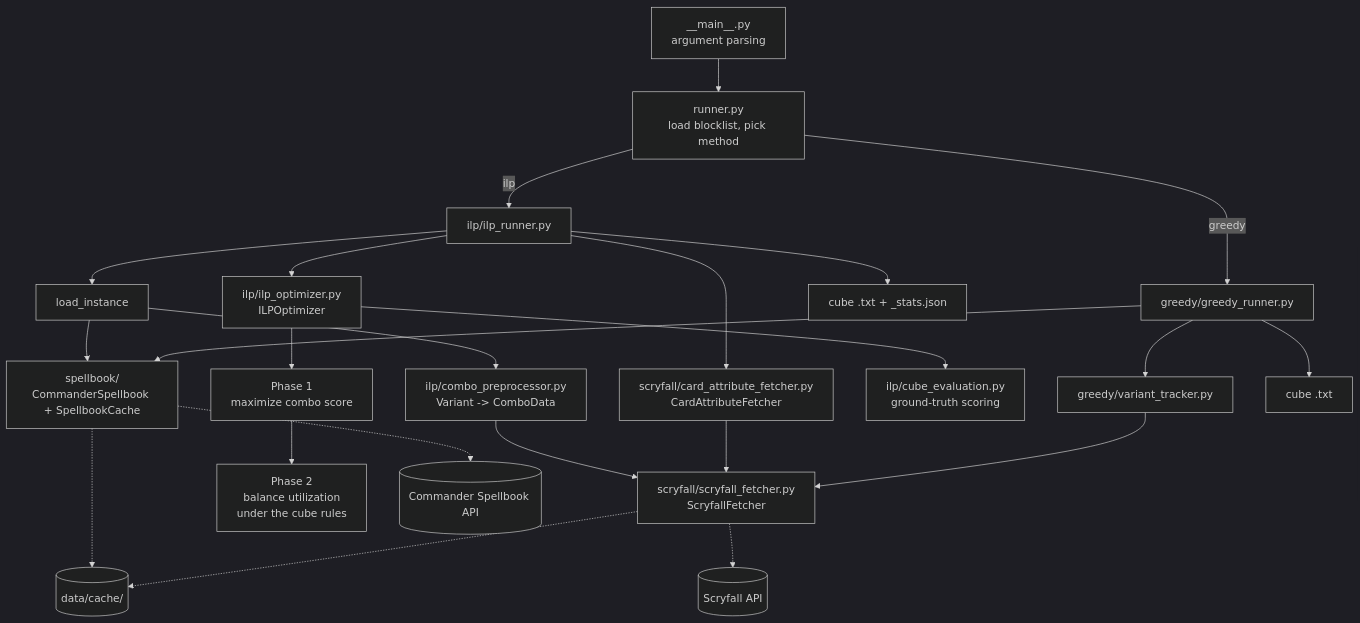
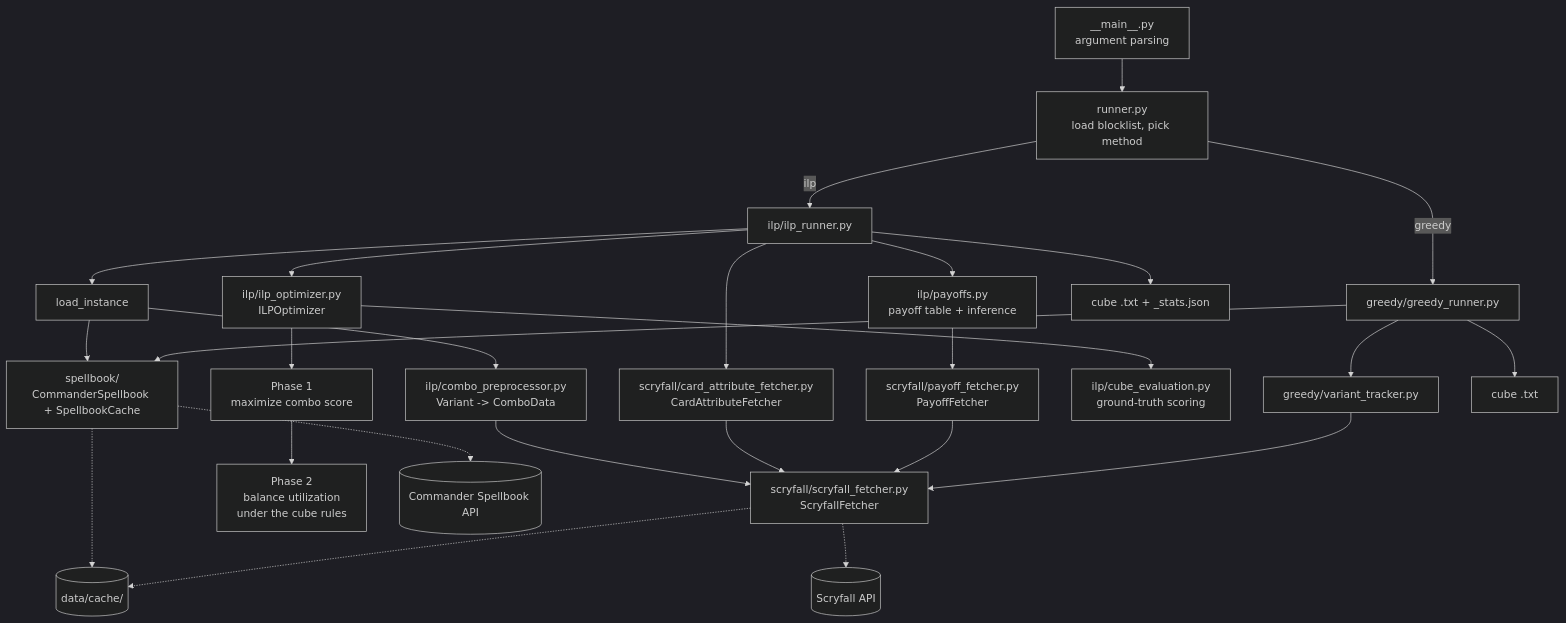
Before and after one commit to tgrunnagle/mtg-combo-cube: the diagram in docs/architecture.md, drawn with Mermaid (dark theme). The commit also changed other lines of this file and 25 other files, not shown here.

````diff
--- a/docs/architecture.md
+++ b/docs/architecture.md
@@ -23,32 +23,35 @@
 ```mermaid
 flowchart TD
     CLI["__main__.py<br/>argument parsing"] --> RUN["runner.py<br/>load blocklist, pick method"]
 
     RUN -->|ilp| ILPR["ilp/ilp_runner.py"]
     RUN -->|greedy| GR["greedy/greedy_runner.py"]
 
     ILPR --> LOAD["load_instance"]
     LOAD --> SB["spellbook/<br/>CommanderSpellbook + SpellbookCache"]
     LOAD --> PRE["ilp/combo_preprocessor.py<br/>Variant -> ComboData"]
     PRE --> SF["scryfall/scryfall_fetcher.py<br/>ScryfallFetcher"]
 
     ILPR --> CAF["scryfall/card_attribute_fetcher.py<br/>CardAttributeFetcher"]
     CAF --> SF
+    ILPR --> PAY["ilp/payoffs.py<br/>payoff table + inference"]
+    PAY --> PF["scryfall/payoff_fetcher.py<br/>PayoffFetcher"]
+    PF --> SF
 
     ILPR --> OPT["ilp/ilp_optimizer.py<br/>ILPOptimizer"]
     OPT --> P1["Phase 1<br/>maximize combo score"]
     P1 --> P2["Phase 2<br/>balance utilization<br/>under the cube rules"]
     OPT --> EVAL["ilp/cube_evaluation.py<br/>ground-truth scoring"]
 
     ILPR --> OUT["cube .txt + _stats.json"]
 
     GR --> SB
     GR --> VT["greedy/variant_tracker.py"]
     VT --> SF
     GR --> OUTG["cube .txt"]
 
     SB -.-> API1[("Commander Spellbook API")]
     SF -.-> API2[("Scryfall API")]
     SB -.-> CACHE[("data/cache/")]
     SF -.-> CACHE
 ```
````
